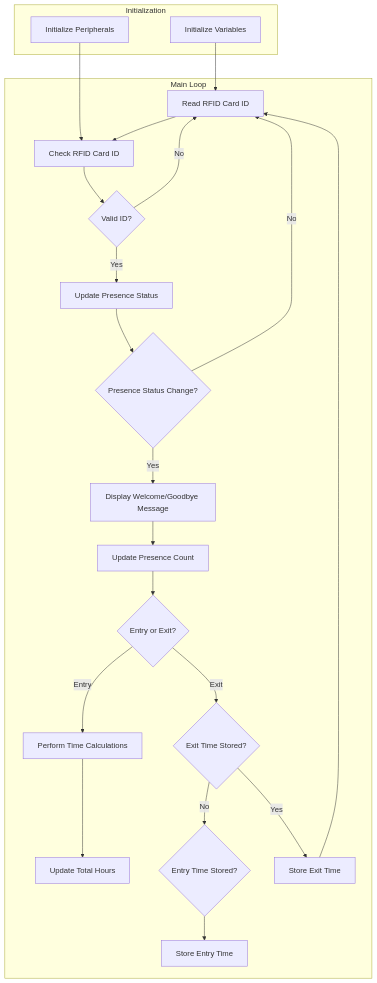
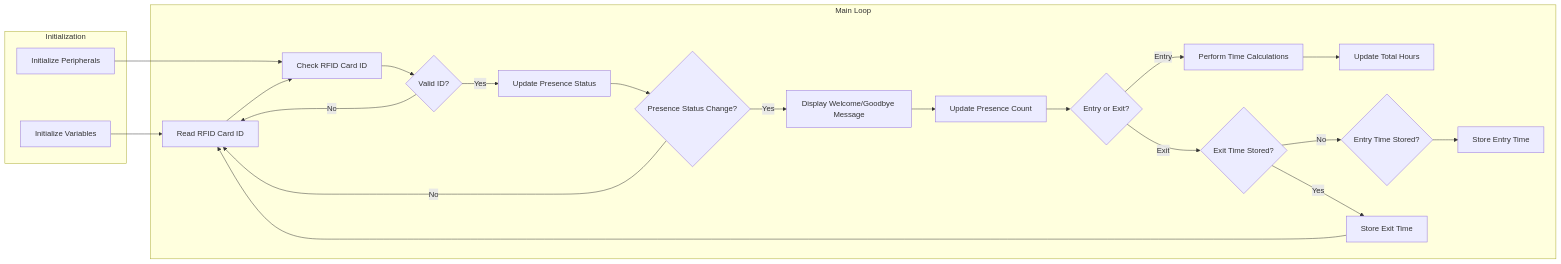
One commit to 1999AZZAR/RFID-Attendance-System changed the diagram in README.md. Above: the diagram before and after it, drawn with Mermaid. The commit also changed other lines of this file, not shown here.

````diff
--- a/README.md
+++ b/README.md
@@ -91,45 +91,45 @@
 ```mermaid
-graph TD
+graph LR
 
 subgraph Initialization
   A[Initialize Variables]
   B[Initialize Peripherals]
 end
 
 subgraph Main Loop
   C[Read RFID Card ID]
   D[Check RFID Card ID]
   E{Valid ID?}
   F[Update Presence Status]
   G{Presence Status Change?}
   H[Display Welcome/Goodbye Message]
   I[Update Presence Count]
   J{Entry or Exit?}
   K[Perform Time Calculations]
   L[Update Total Hours]
   M{Entry Time Stored?}
   N[Store Entry Time]
   O{Exit Time Stored?}
   P[Store Exit Time]
 end
 
 A --> C
 B --> D
 C --> D
 D --> E
 E -- Yes --> F
 F --> G
 G -- Yes --> H
 G -- No --> C
 H --> I
 I --> J
 J -- Entry --> K
 K --> L
 J -- Exit --> O
 O -- No --> M
 O -- Yes --> P
 M --> N
 P --> C
 E -- No --> C
 
 ```
````
